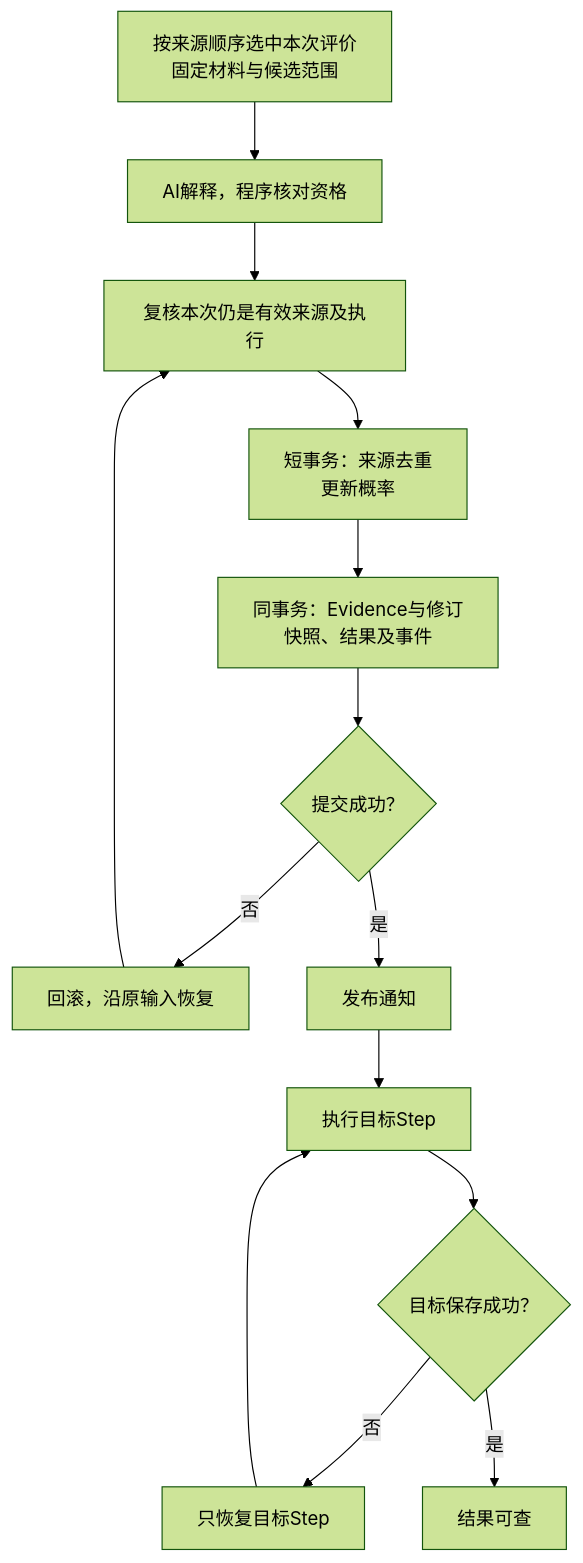
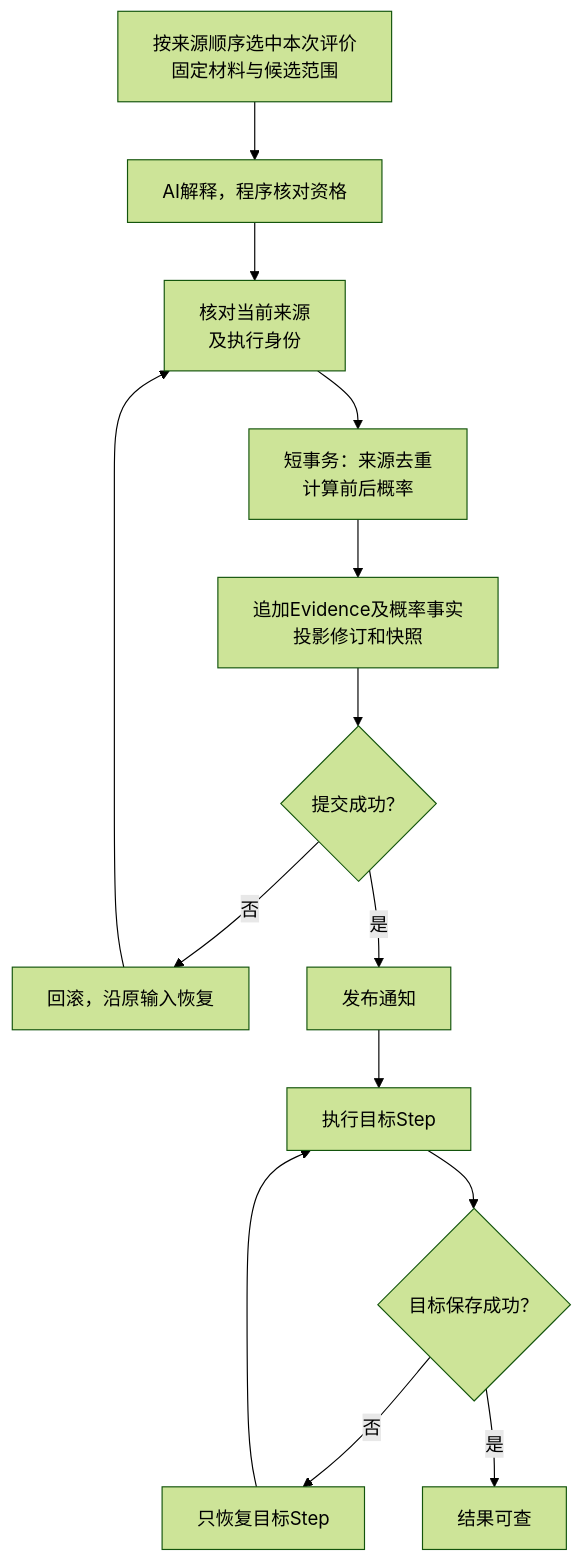
Before and after one commit to ivgotcrazy/deermind: the second of 2 diagrams in doc/mvp/m1/engineering/Evaluation_Space_Design.md, drawn with Mermaid (forest theme). The commit also changed other lines of this file and 33 other files, not shown here.

````diff
--- a/doc/mvp/m1/engineering/Evaluation_Space_Design.md
+++ b/doc/mvp/m1/engineering/Evaluation_Space_Design.md
@@ -599,16 +603,16 @@
 ```mermaid
 flowchart TD
     A["按来源顺序选中本次评价<br/>固定材料与候选范围"] --> B["AI解释，程序核对资格"]
-    B --> C["复核本次仍是有效来源及执行"]
-    C --> D["短事务：来源去重<br/>更新概率"]
-    D --> E["同事务：Evidence与修订<br/>快照、结果及事件"]
+    B --> C["核对当前来源<br/>及执行身份"]
+    C --> D["短事务：来源去重<br/>计算前后概率"]
+    D --> E["追加Evidence及概率事实<br/>投影修订和快照"]
     E --> F{"提交成功？"}
     F -->|否| R["回滚，沿原输入恢复"]
     R --> C
     F -->|是| P["发布通知"]
     P --> G["执行目标Step"]
     G --> H{"目标保存成功？"}
     H -->|否| T["只恢复目标Step"]
     T --> G
     H -->|是| Z["结果可查"]
 ```
````
